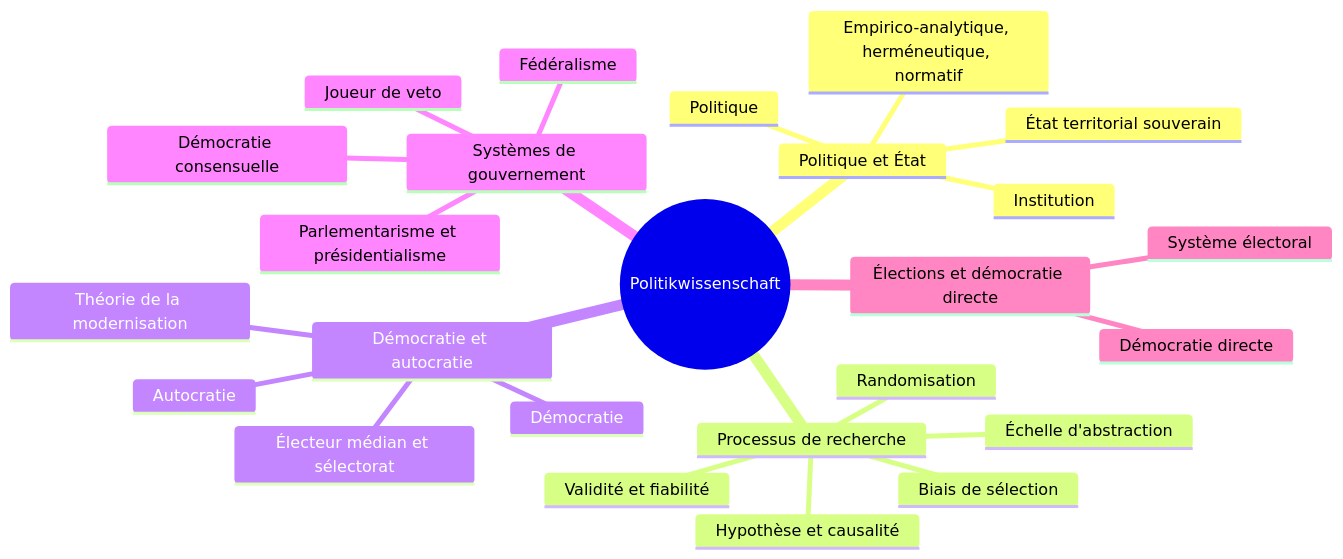
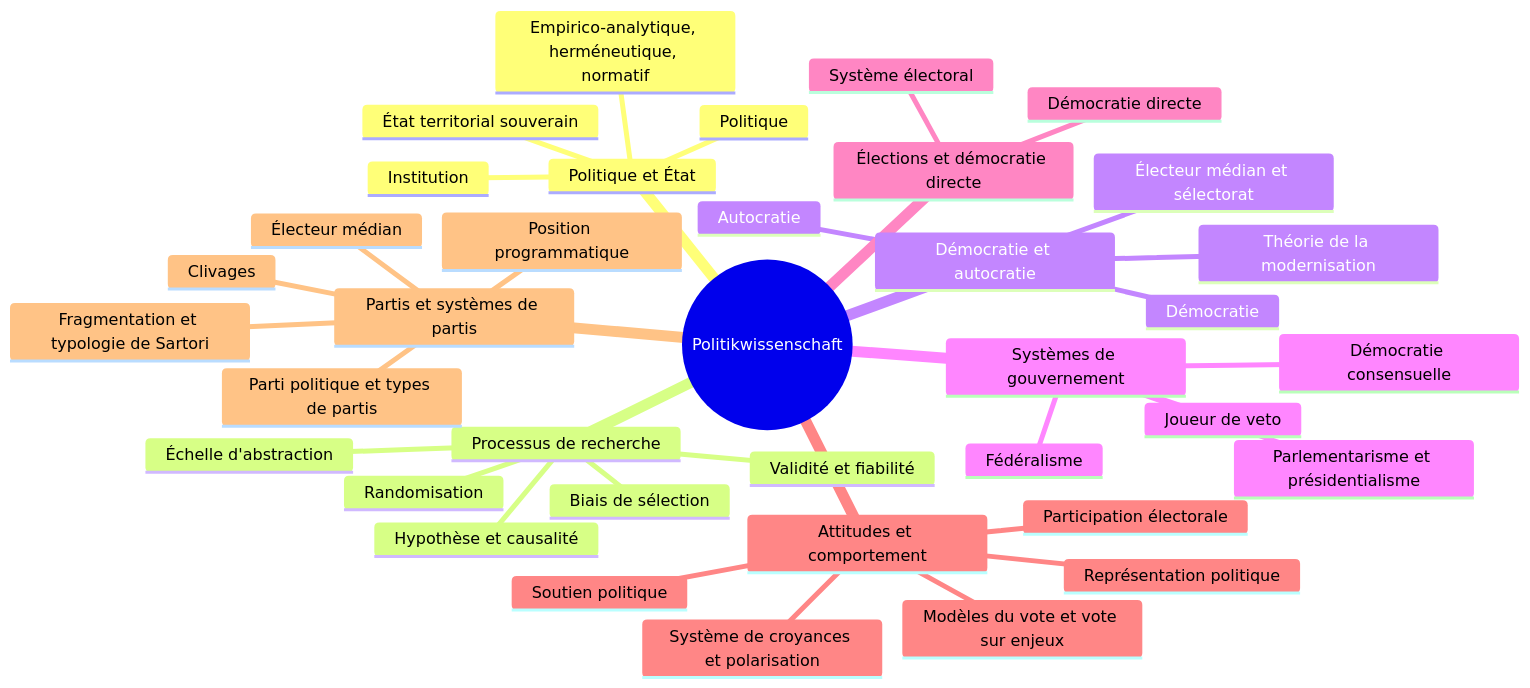
One commit to aidraxowl/NEXUS changed the diagram in NEXUS/09-Learning/Course-Maps/HS26 - Politikwissenschaft.md. Above: the diagram before and after it, drawn with Mermaid. The commit also changed other lines of this file and 123 other files, not shown here.

````diff
--- a/NEXUS/09-Learning/Course-Maps/HS26 - Politikwissenschaft.md
+++ b/NEXUS/09-Learning/Course-Maps/HS26 - Politikwissenschaft.md
@@ -21,28 +21,40 @@
 ```mermaid
 mindmap
   root((Politikwissenschaft))
     Politique et État
       Politique
       Institution
       État territorial souverain
       Empirico-analytique, herméneutique, normatif
     Processus de recherche
       Hypothèse et causalité
       Échelle d'abstraction
       Validité et fiabilité
       Randomisation
       Biais de sélection
     Démocratie et autocratie
       Démocratie
       Autocratie
       Électeur médian et sélectorat
       Théorie de la modernisation
     Systèmes de gouvernement
       Parlementarisme et présidentialisme
       Fédéralisme
       Démocratie consensuelle
       Joueur de veto
     Élections et démocratie directe
       Système électoral
       Démocratie directe
+    Attitudes et comportement
+      Soutien politique
+      Système de croyances et polarisation
+      Participation électorale
+      Modèles du vote et vote sur enjeux
+      Représentation politique
+    Partis et systèmes de partis
+      Parti politique et types de partis
+      Position programmatique
+      Électeur médian
+      Fragmentation et typologie de Sartori
+      Clivages
 ```
````
